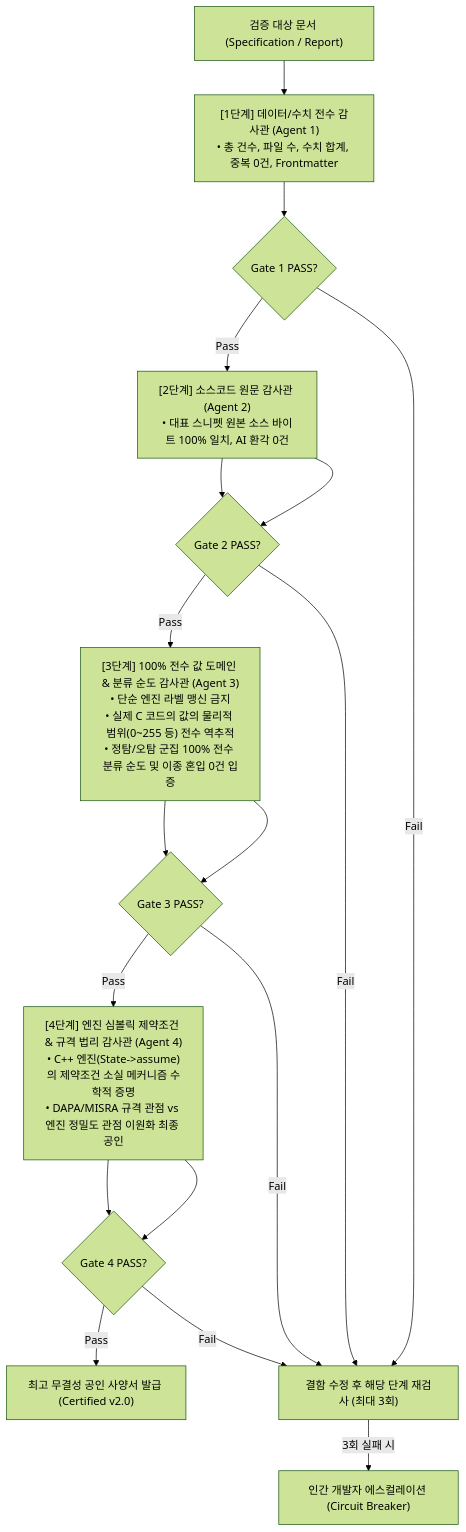
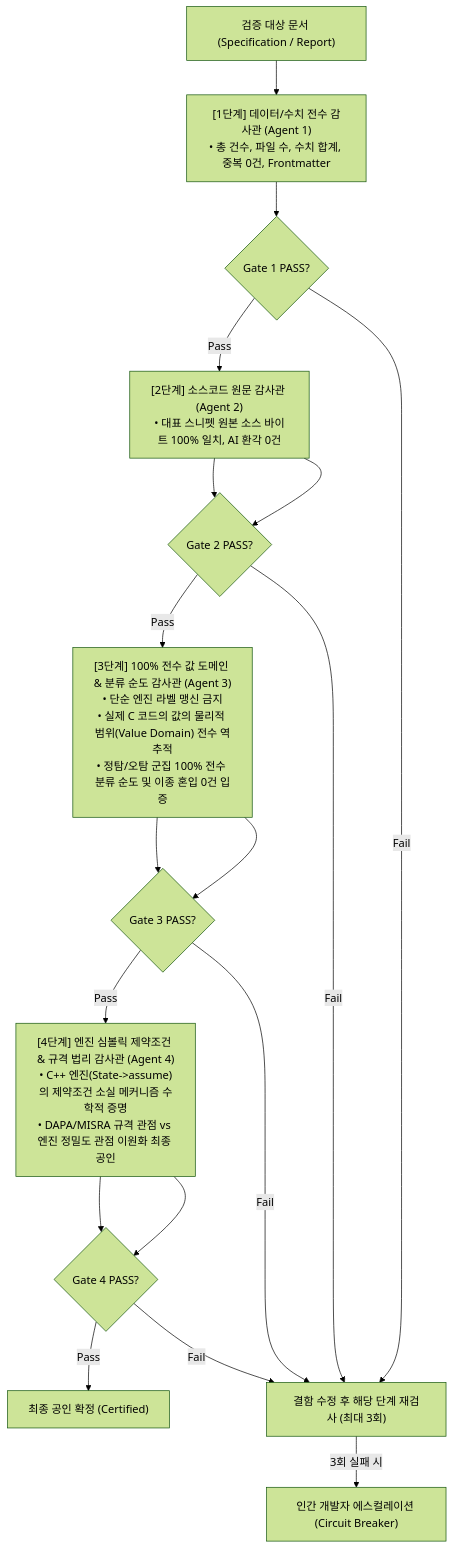
One commit to jin20203458/Obsidian.Agent changed the first of 2 diagrams in ai_agent_refs/Independent_Audit_Protocol_Guidelines.md. Above: the diagram before and after it, drawn with Mermaid (forest theme). The commit also changed other lines of this file, not shown here.

````diff
--- a/ai_agent_refs/Independent_Audit_Protocol_Guidelines.md
+++ b/ai_agent_refs/Independent_Audit_Protocol_Guidelines.md
@@ -32,34 +37,34 @@
 ```mermaid
 flowchart TD
     Doc["검증 대상 문서 (Specification / Report)"]
 
     Stage1["[1단계] 데이터/수치 전수 감사관 (Agent 1)<br>• 총 건수, 파일 수, 수치 합계, 중복 0건, Frontmatter"]
     Gate1{"Gate 1 PASS?"}
     
     Stage2["[2단계] 소스코드 원문 감사관 (Agent 2)<br>• 대표 스니펫 원본 소스 바이트 100% 일치, AI 환각 0건"]
     Gate2{"Gate 2 PASS?"}
 
-    Stage3["[3단계] 100% 전수 값 도메인 & 분류 순도 감사관 (Agent 3)<br>• 단순 엔진 라벨 맹신 금지<br>• 실제 C 코드의 값의 물리적 범위(0~255 등) 전수 역추적<br>• 정탐/오탐 군집 100% 전수 분류 순도 및 이종 혼입 0건 입증"]
+    Stage3["[3단계] 100% 전수 값 도메인 & 분류 순도 감사관 (Agent 3)<br>• 단순 엔진 라벨 맹신 금지<br>• 실제 C 코드의 값의 물리적 범위(Value Domain) 전수 역추적<br>• 정탐/오탐 군집 100% 전수 분류 순도 및 이종 혼입 0건 입증"]
     Gate3{"Gate 3 PASS?"}
 
     Stage4["[4단계] 엔진 심볼릭 제약조건 & 규격 법리 감사관 (Agent 4)<br>• C++ 엔진(State->assume)의 제약조건 소실 메커니즘 수학적 증명<br>• DAPA/MISRA 규격 관점 vs 엔진 정밀도 관점 이원화 최종 공인"]
     Gate4{"Gate 4 PASS?"}
 
-    FinalPass["최고 무결성 공인 사양서 발급 (Certified v2.0)"]
+    FinalPass["최종 공인 확정 (Certified)"]
     FailRollback["결함 수정 후 해당 단계 재검사 (최대 3회)"]
     Escalate["인간 개발자 에스컬레이션 (Circuit Breaker)"]
 
     Doc --> Stage1 --> Gate1
     Gate1 -- Pass --> Stage2 --> Gate2
     Gate1 -- Fail --> FailRollback
     Stage2 --> Gate2
     Gate2 -- Pass --> Stage3 --> Gate3
     Gate2 -- Fail --> FailRollback
     Stage3 --> Gate3
     Gate3 -- Pass --> Stage4 --> Gate4
     Gate3 -- Fail --> FailRollback
     Stage4 --> Gate4
     Gate4 -- Pass --> FinalPass
     Gate4 -- Fail --> FailRollback
     FailRollback -- 3회 실패 시 --> Escalate
 ```
````
